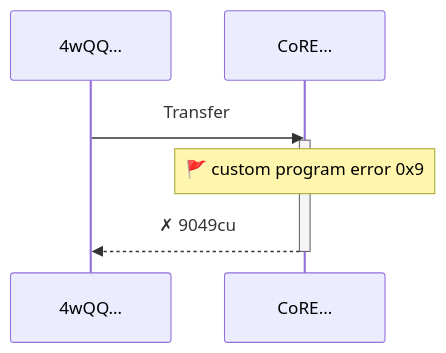
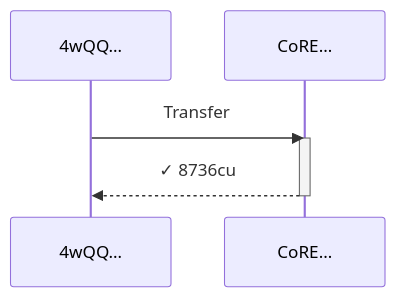
Before and after one commit to cds-turbin3/vesting-position: the first of 3 diagrams in babelfish-tests/test-report/unfreeze_collection_restores_transfer_for_non_transferable_campaign.md, drawn with Mermaid. The commit also changed other lines of this file and 50 other files, not shown here.

````diff
--- a/babelfish-tests/test-report/unfreeze_collection_restores_transfer_for_non_transferable_campaign.md
+++ b/babelfish-tests/test-report/unfreeze_collection_restores_transfer_for_non_transferable_campaign.md
@@ -5,10 +5,9 @@
 ```mermaid
 sequenceDiagram
     participant p0 as 4wQQ…
     participant p1 as CoRE…
     p0->>p1: Transfer
     activate p1
-    note over p1: 🚩 custom program error  0x9
-    p1-->>p0: ✗ 9049cu
+    p1-->>p0: ✓ 8736cu
     deactivate p1
 ```
````
